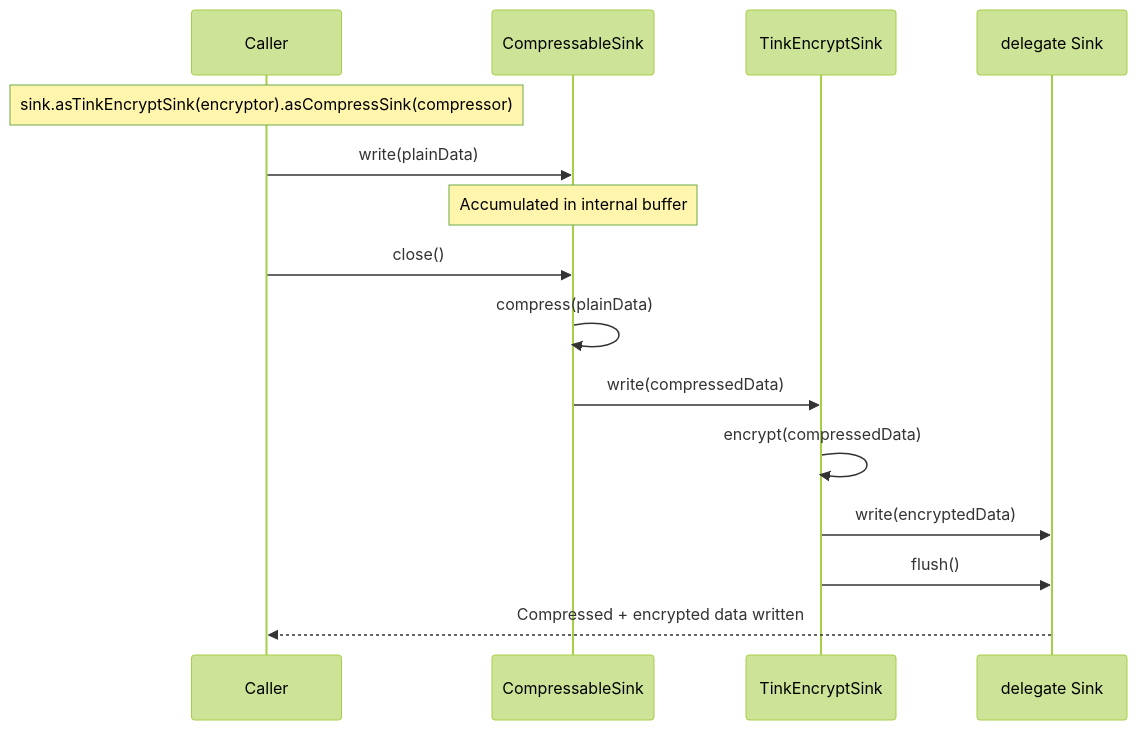
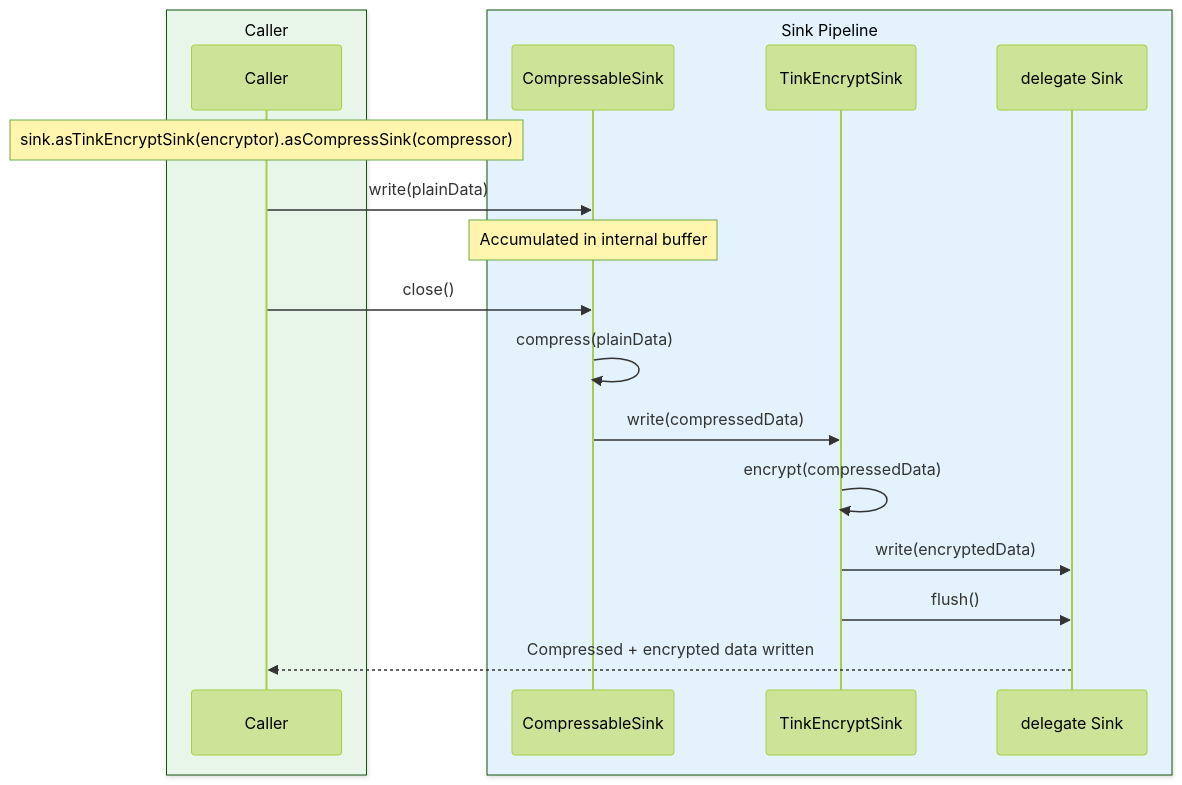
One commit to bluetape4k/bluetape4k-projects changed the eighth of 9 diagrams in io/okio/README.md. Above: the diagram before and after it, drawn with Mermaid (forest theme). The commit also changed other lines of this file and 221 other files, not shown here.

First line of the commit message:
docs: 전체 모듈 README UML 다이어그램 보강 및 색상 업그레이드

````diff
--- a/io/okio/README.md
+++ b/io/okio/README.md
@@ -625,20 +675,24 @@
 ```mermaid
 sequenceDiagram
-    participant C as Caller
-    participant CS as CompressableSink
-    participant ES as TinkEncryptSink
-    participant D as delegate Sink
+    box rgb(232, 245, 233) Caller
+        participant C as Caller
+    end
+    box rgb(227, 242, 253) Sink Pipeline
+        participant CS as CompressableSink
+        participant ES as TinkEncryptSink
+        participant D as delegate Sink
+    end
 
     Note over C: sink.asTinkEncryptSink(encryptor).asCompressSink(compressor)
 
     C->>CS: write(plainData)
     Note over CS: Accumulated in internal buffer
 
     C->>CS: close()
     CS->>CS: compress(plainData)
     CS->>ES: write(compressedData)
     ES->>ES: encrypt(compressedData)
     ES->>D: write(encryptedData)
     ES->>D: flush()
     D-->>C: Compressed + encrypted data written
 ```
````
